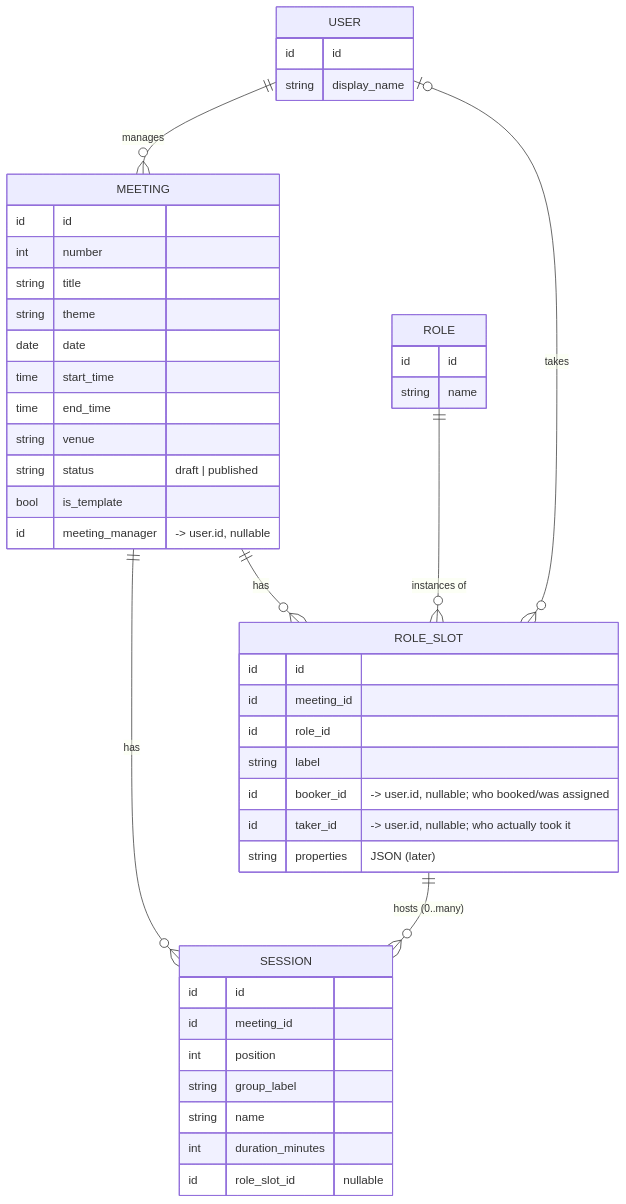
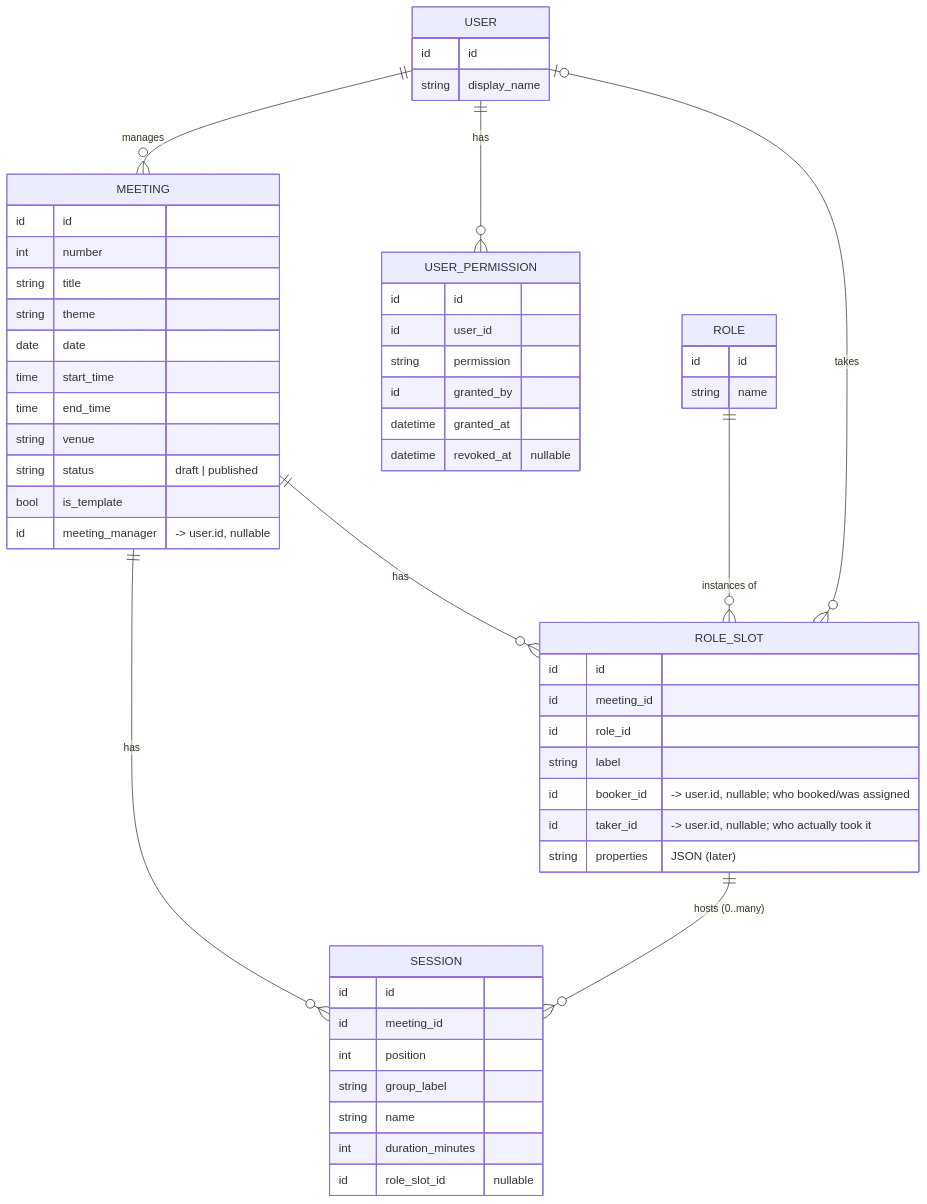
The diagram in design/storage/schema.md (misu-tmc/misu), drawn with Mermaid before and after one commit. The commit also changed other lines of this file and 6 other files, not shown here.

````diff
--- a/design/storage/schema.md
+++ b/design/storage/schema.md
@@ -14,49 +14,58 @@
 ```mermaid
 erDiagram
     USER      ||--o{ MEETING   : manages
+    USER      ||--o{ USER_PERMISSION : has
     MEETING   ||--o{ SESSION   : has
     MEETING   ||--o{ ROLE_SLOT : has
     ROLE      ||--o{ ROLE_SLOT : "instances of"
     ROLE_SLOT ||--o{ SESSION   : "hosts (0..many)"
     USER      |o--o{ ROLE_SLOT : "takes"
 
     USER {
         id     id
         string display_name
+    }
+    USER_PERMISSION {
+        id       id
+        id       user_id
+        string   permission
+        id       granted_by
+        datetime granted_at
+        datetime revoked_at "nullable"
     }
     MEETING {
         id     id
         int    number
         string title
         string theme
         date   date
         time   start_time
         time   end_time
         string venue
         string status "draft | published"
         bool   is_template
         id     meeting_manager "-> user.id, nullable"
     }
     SESSION {
         id     id
         id     meeting_id
         int    position
         string group_label
         string name
         int    duration_minutes
         id     role_slot_id "nullable"
     }
     ROLE {
         id     id
         string name
     }
     ROLE_SLOT {
         id     id
         id     meeting_id
         id     role_id
         string label
         id     booker_id "-> user.id, nullable; who booked/was assigned"
         id     taker_id "-> user.id, nullable; who actually took it"
         string properties "JSON (later)"
     }
 ```
````
